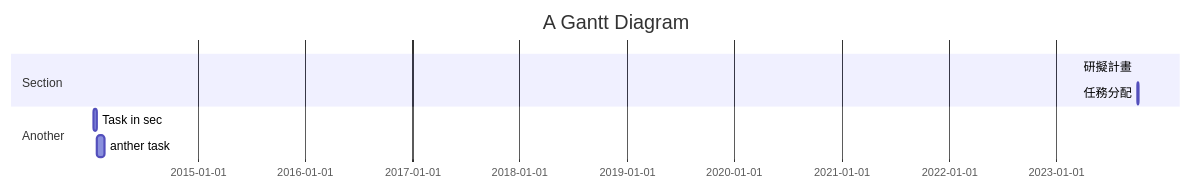
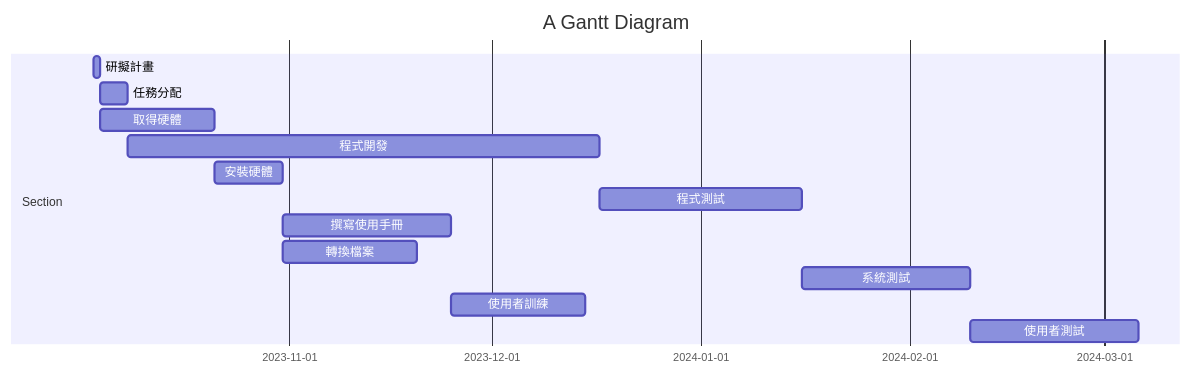
The first of 2 diagrams in hw2.md (chang-chieh-ya/20230919), drawn with Mermaid before and after one commit.

````diff
--- a/hw2.md
+++ b/hw2.md
@@ -5,11 +5,18 @@
 ```mermaid
 gantt
     title A Gantt Diagram
 
     section Section
-    研擬計畫           :a1, 2023-10-03, 1d
-    任務分配     :after a1  , 4d
-    section Another
-    Task in sec      :2014-01-12  , 12d
-    anther task      : 24d
+    研擬計畫      :a1, 2023-10-03, 1d
+    任務分配      :a2, after a1  , 4d
+    取得硬體	 :a3 , after a1  , 17d
+    程式開發      :a4 , after a2  , 70d
+    安裝硬體      :a5 , after a3  , 10d
+    程式測試      :a6 , after a4  , 30d
+    撰寫使用手冊   :a7 , after a5  , 25d
+    轉換檔案      :a8 , after a5  , 20d
+    系統測試      :a9 , after a6  , 25d
+    使用者訓練    :a10 , after a7 a8  , 20d
+    使用者測試    :a11 , after a9 a10 , 25d
+    
 ```
````
